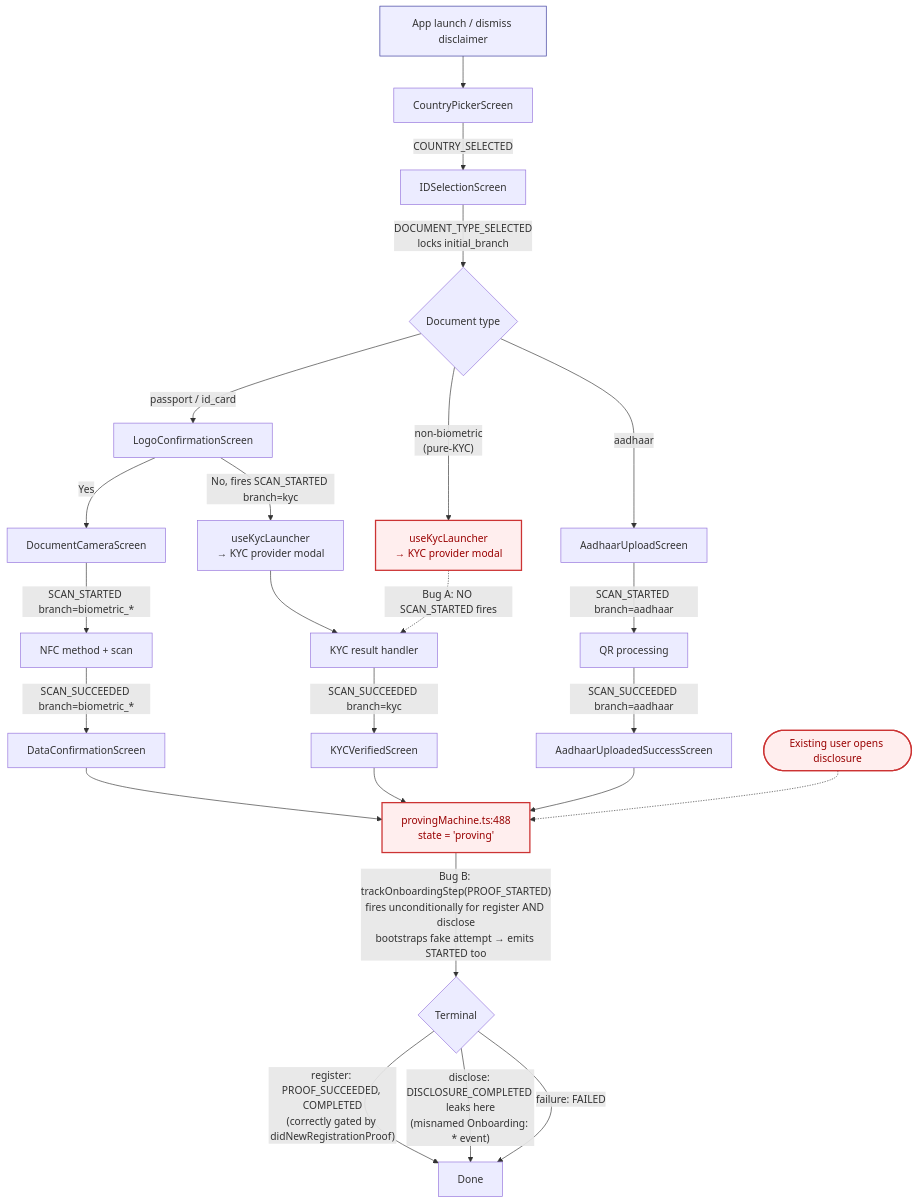
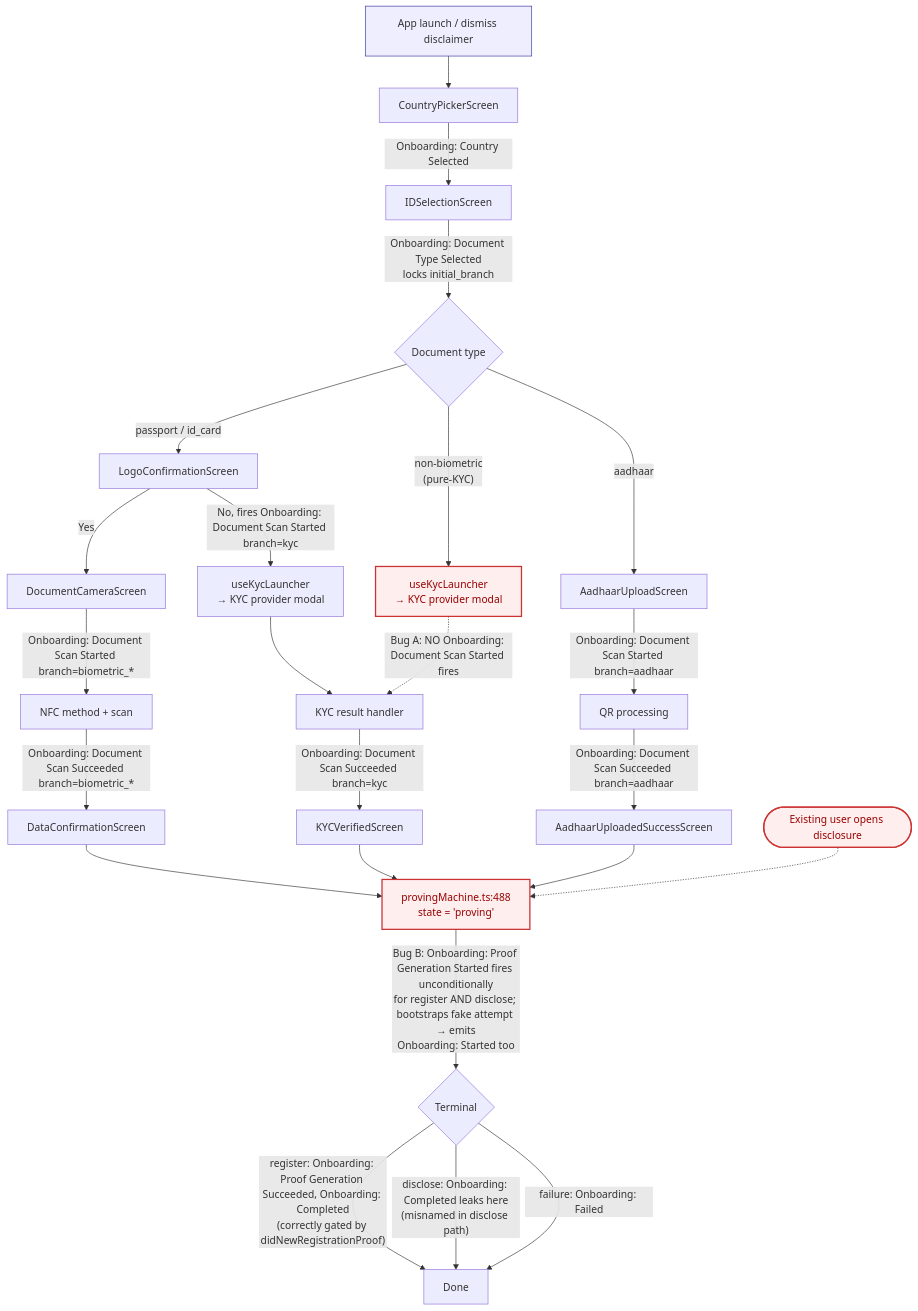
Before and after one commit to selfxyz/self: the first of 3 diagrams in specs/projects/sdk/workstreams/analytics/plans/ANA-11-canonical-funnel-bug-fixes.md, drawn with Mermaid. The commit also changed other lines of this file and 4 other files, not shown here.

````diff
--- a/specs/projects/sdk/workstreams/analytics/plans/ANA-11-canonical-funnel-bug-fixes.md
+++ b/specs/projects/sdk/workstreams/analytics/plans/ANA-11-canonical-funnel-bug-fixes.md
@@ -72,41 +72,41 @@
 ```mermaid
 flowchart TD
     A[App launch / dismiss disclaimer]
     A --> B[CountryPickerScreen]
-    B -->|COUNTRY_SELECTED| C[IDSelectionScreen]
-    C -->|"DOCUMENT_TYPE_SELECTED<br/>locks initial_branch"| D{Document type}
+    B -->|"Onboarding: Country Selected"| C[IDSelectionScreen]
+    C -->|"Onboarding: Document Type Selected<br/>locks initial_branch"| D{Document type}
 
     D -->|passport / id_card| E[LogoConfirmationScreen]
     D -->|"non-biometric<br/>(pure-KYC)"| K1["useKycLauncher<br/>→ KYC provider modal"]
     D -->|aadhaar| AA[AadhaarUploadScreen]
 
     E -->|"Yes"| F[DocumentCameraScreen]
-    E -->|"No, fires SCAN_STARTED branch=kyc"| K2["useKycLauncher<br/>→ KYC provider modal"]
+    E -->|"No, fires Onboarding: Document Scan Started branch=kyc"| K2["useKycLauncher<br/>→ KYC provider modal"]
 
-    F -->|"SCAN_STARTED branch=biometric_*"| G[NFC method + scan]
-    G -->|"SCAN_SUCCEEDED branch=biometric_*"| H[DataConfirmationScreen]
+    F -->|"Onboarding: Document Scan Started branch=biometric_*"| G[NFC method + scan]
+    G -->|"Onboarding: Document Scan Succeeded branch=biometric_*"| H[DataConfirmationScreen]
 
-    K1 -.->|"Bug A: NO SCAN_STARTED fires"| KR[KYC result handler]
+    K1 -.->|"Bug A: NO Onboarding: Document Scan Started fires"| KR[KYC result handler]
     K2 --> KR
-    KR -->|"SCAN_SUCCEEDED branch=kyc"| KV[KYCVerifiedScreen]
+    KR -->|"Onboarding: Document Scan Succeeded branch=kyc"| KV[KYCVerifiedScreen]
 
-    AA -->|"SCAN_STARTED branch=aadhaar"| AP[QR processing]
-    AP -->|"SCAN_SUCCEEDED branch=aadhaar"| AS[AadhaarUploadedSuccessScreen]
+    AA -->|"Onboarding: Document Scan Started branch=aadhaar"| AP[QR processing]
+    AP -->|"Onboarding: Document Scan Succeeded branch=aadhaar"| AS[AadhaarUploadedSuccessScreen]
 
     H --> P["provingMachine.ts:488<br/>state = 'proving'"]
     KV --> P
     AS --> P
     DX([Existing user opens disclosure]) -.-> P
 
-    P -->|"Bug B: trackOnboardingStep(PROOF_STARTED)<br/>fires unconditionally for register AND disclose<br/>bootstraps fake attempt → emits STARTED too"| T{Terminal}
-    T -->|"register: PROOF_SUCCEEDED, COMPLETED<br/>(correctly gated by didNewRegistrationProof)"| Z[Done]
-    T -->|"disclose: DISCLOSURE_COMPLETED leaks here<br/>(misnamed Onboarding: * event)"| Z
-    T -->|"failure: FAILED"| Z
+    P -->|"Bug B: Onboarding: Proof Generation Started fires unconditionally<br/>for register AND disclose; bootstraps fake attempt → emits<br/>Onboarding: Started too"| T{Terminal}
+    T -->|"register: Onboarding: Proof Generation Succeeded, Onboarding: Completed<br/>(correctly gated by didNewRegistrationProof)"| Z[Done]
+    T -->|"disclose: Onboarding: Completed leaks here<br/>(misnamed in disclose path)"| Z
+    T -->|"failure: Onboarding: Failed"| Z
 
     A:::start
     K1:::bug
     P:::bug
     DX:::bug
     classDef bug fill:#fee,stroke:#c33,stroke-width:2px,color:#900
     classDef start fill:#eef,stroke:#339,stroke-width:1px
 ```
````
